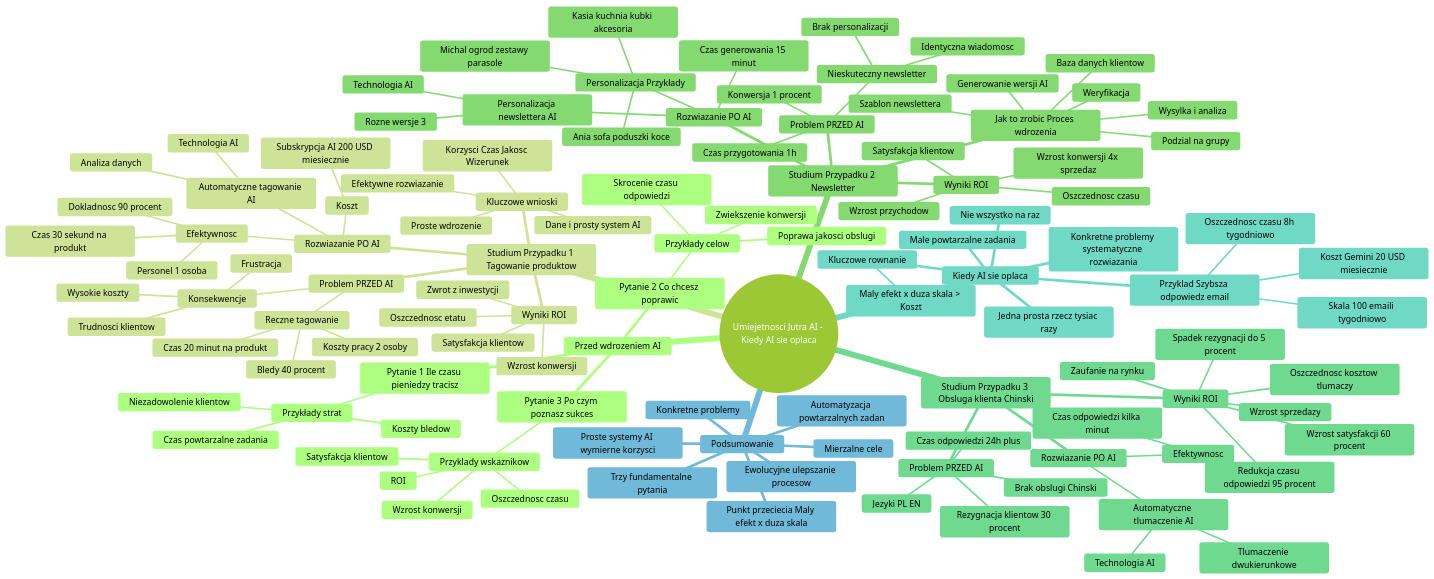
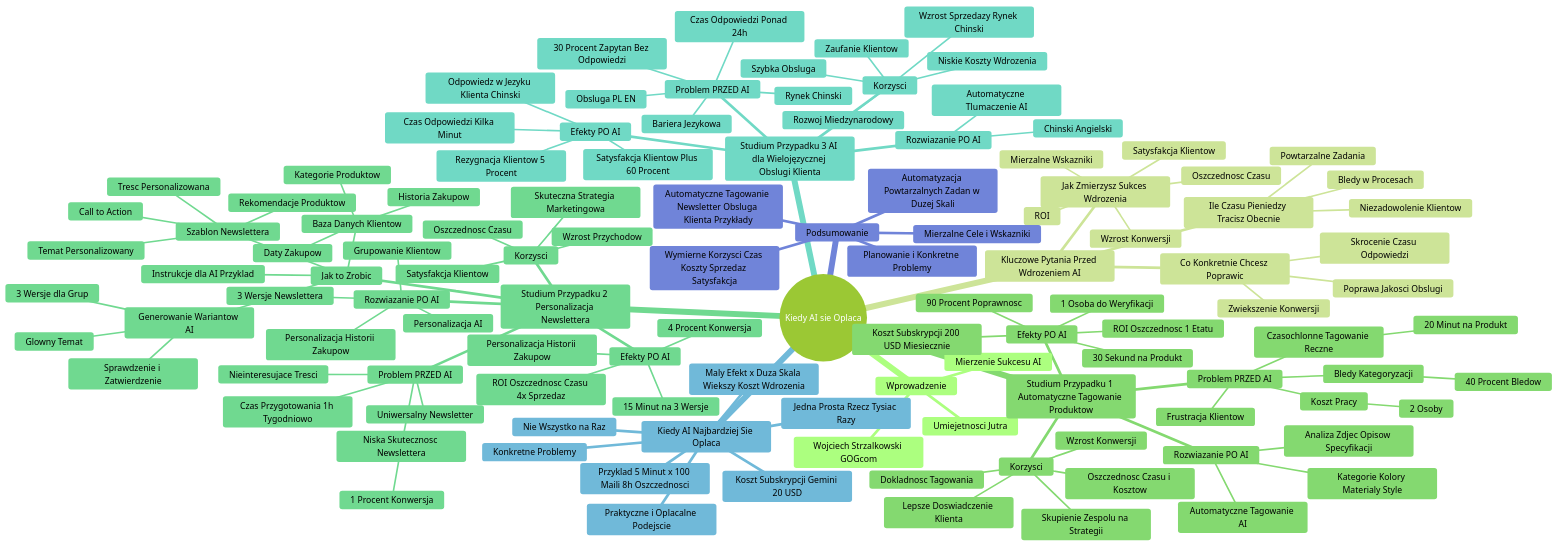
Before and after one commit to azdolinski/ai_docs: the diagram in ai_umiejetnosci_jutra/T2D1 - Lekcje wideo - 5. Kiedy AI się opłaca - mierzenie sukcesu.md, drawn with Mermaid (forest theme). The commit also changed other lines of this file, not shown here.

````diff
--- a/ai_umiejetnosci_jutra/T2D1 - Lekcje wideo - 5. Kiedy AI się opłaca - mierzenie sukcesu.md
+++ b/ai_umiejetnosci_jutra/T2D1 - Lekcje wideo - 5. Kiedy AI się opłaca - mierzenie sukcesu.md
@@ -5,117 +5,120 @@
 ```mermaid
 mindmap
-  root((Umiejetnosci Jutra AI - Kiedy AI sie oplaca))
-    Przed wdrozeniem AI
-      Pytanie 1 Ile czasu pieniedzy tracisz
-        Przykłady strat
-          Czas powtarzalne zadania
-          Koszty bledow
-          Niezadowolenie klientow
-      Pytanie 2 Co chcesz poprawic
-        Przykłady celow
-          Skrocenie czasu odpowiedzi
-          Poprawa jakosci obslugi
-          Zwiekszenie konwersji
-      Pytanie 3 Po czym poznasz sukces
-        Przyklady wskaznikow
-          ROI
-          Oszczednosc czasu
-          Wzrost konwersji
-          Satysfakcja klientow
-    Studium Przypadku 1 Tagowanie produktow
+  root((Kiedy AI sie Oplaca))
+    Wprowadzenie
+      Umiejetnosci Jutra
+      Wojciech Strzalkowski GOGcom
+      Mierzenie Sukcesu AI
+    Kluczowe Pytania Przed Wdrozeniem AI
+      Ile Czasu Pieniedzy Tracisz Obecnie
+        Powtarzalne Zadania
+        Bledy w Procesach
+        Niezadowolenie Klientow
+      Co Konkretnie Chcesz Poprawic
+        Skrocenie Czasu Odpowiedzi
+        Poprawa Jakosci Obslugi
+        Zwiekszenie Konwersji
+      Jak Zmierzysz Sukces Wdrozenia
+        Mierzalne Wskazniki
+        ROI
+        Oszczednosc Czasu
+        Wzrost Konwersji
+        Satysfakcja Klientow
+    Studium Przypadku 1 Automatyczne Tagowanie Produktow
       Problem PRZED AI
-        Reczne tagowanie
-          Czas 20 minut na produkt
-          Bledy 40 procent
-          Koszty pracy 2 osoby
-        Konsekwencje
-          Trudnosci klientow
-          Frustracja
-          Wysokie koszty
+        Czasochlonne Tagowanie Reczne
+          20 Minut na Produkt
+        Bledy Kategoryzacji
+          40 Procent Bledow
+        Koszt Pracy
+          2 Osoby
+        Frustracja Klientow
       Rozwiazanie PO AI
-        Automatyczne tagowanie AI
-          Technologia AI
-          Analiza danych
-        Efektywnosc
-          Czas 30 sekund na produkt
-          Dokladnosc 90 procent
-          Personel 1 osoba
-        Koszt
-          Subskrypcja AI 200 USD miesiecznie
-      Wyniki ROI
-        Oszczednosc etatu
-        Satysfakcja klientow
-        Wzrost konwersji
-        Zwrot z inwestycji
-      Kluczowe wnioski
-        Efektywne rozwiazanie
-        Proste wdrozenie
-        Dane i prosty system AI
-        Korzysci Czas Jakosc Wizerunek
-    Studium Przypadku 2 Newsletter
+        Automatyczne Tagowanie AI
+        Analiza Zdjec Opisow Specyfikacji
+        Kategorie Kolory Materialy Style
+      Efekty PO AI
+        30 Sekund na Produkt
+        90 Procent Poprawnosc
+        1 Osoba do Weryfikacji
+        Koszt Subskrypcji 200 USD Miesiecznie
+        ROI Oszczednosc 1 Etatu
+      Korzysci
+        Oszczednosc Czasu i Kosztow
+        Dokladnosc Tagowania
+        Lepsze Doswiadczenie Klienta
+        Wzrost Konwersji
+        Skupienie Zespolu na Strategii
+    Studium Przypadku 2 Personalizacja Newslettera
       Problem PRZED AI
-        Nieskuteczny newsletter
-          Brak personalizacji
-          Identyczna wiadomosc
-        Czas przygotowania 1h
-        Konwersja 1 procent
+        Niska Skutecznosc Newslettera
+          1 Procent Konwersja
+        Uniwersalny Newsletter
+        Czas Przygotowania 1h Tygodniowo
+        Nieinteresujace Tresci
       Rozwiazanie PO AI
-        Personalizacja newslettera AI
-          Technologia AI
-          Rozne wersje 3
-        Personalizacja Przykłady
-          Ania sofa poduszki koce
-          Michal ogrod zestawy parasole
-          Kasia kuchnia kubki akcesoria
-        Czas generowania 15 minut
-      Wyniki ROI
-        Oszczednosc czasu
-        Wzrost konwersji 4x sprzedaz
-        Satysfakcja klientow
-        Wzrost przychodow
-      Jak to zrobic Proces wdrozenia
-        Baza danych klientow
-        Podzial na grupy
-        Szablon newslettera
-        Generowanie wersji AI
-        Weryfikacja
-        Wysylka i analiza
-    Studium Przypadku 3 Obsluga klienta Chinski
+        Personalizacja AI
+        3 Wersje Newslettera
+        Personalizacja Historii Zakupow
+        Grupowanie Klientow
+      Efekty PO AI
+        15 Minut na 3 Wersje
+        Personalizacja Historii Zakupow
+        4 Procent Konwersja
+        ROI Oszczednosc Czasu 4x Sprzedaz
+      Korzysci
+        Wzrost Przychodow
+        Oszczednosc Czasu
+        Satysfakcja Klientow
+        Skuteczna Strategia Marketingowa
+      Jak to Zrobic
+        Baza Danych Klientow
+          Historia Zakupow
+          Kategorie Produktow
+          Daty Zakupow
+        Szablon Newslettera
+          Temat Personalizowany
+          Tresc Personalizowana
+          Rekomendacje Produktow
+          Call to Action
+        Generowanie Wariantow AI
+          Glowny Temat
+          3 Wersje dla Grup
+          Sprawdzenie i Zatwierdzenie
+        Instrukcje dla AI Przyklad
+    Studium Przypadku 3 AI dla Wielojęzycznej Obslugi Klienta
       Problem PRZED AI
-        Brak obslugi Chinski
-        Jezyki PL EN
-        Rezygnacja klientow 30 procent
-        Czas odpowiedzi 24h plus
+        Rynek Chinski
+        Obsluga PL EN
+        Bariera Jezykowa
+        30 Procent Zapytan Bez Odpowiedzi
+        Czas Odpowiedzi Ponad 24h
       Rozwiazanie PO AI
-        Automatyczne tlumaczenie AI
-          Technologia AI
-          Tlumaczenie dwukierunkowe
-        Efektywnosc
-          Czas odpowiedzi kilka minut
-      Wyniki ROI
-        Spadek rezygnacji do 5 procent
-        Wzrost satysfakcji 60 procent
-        Redukcja czasu odpowiedzi 95 procent
-        Oszczednosc kosztow tlumaczy
-        Zaufanie na rynku
-        Wzrost sprzedazy
-    Kiedy AI sie oplaca
-      Kluczowe rownanie
-        Maly efekt x duza skala > Koszt
-      Male powtarzalne zadania
-      Przyklad Szybsza odpowiedz email
-        Skala 100 emaili tygodniowo
-        Oszczednosc czasu 8h tygodniowo
-        Koszt Gemini 20 USD miesiecznie
-      Nie wszystko na raz
-      Jedna prosta rzecz tysiac razy
-      Konkretne problemy systematyczne rozwiazania
+        Automatyczne Tlumaczenie AI
+        Chinski Angielski
+      Efekty PO AI
+        Odpowiedz w Jezyku Klienta Chinski
+        Czas Odpowiedzi Kilka Minut
+        Rezygnacja Klientow 5 Procent
+        Satysfakcja Klientow Plus 60 Procent
+      Korzysci
+        Wzrost Sprzedazy Rynek Chinski
+        Zaufanie Klientow
+        Szybka Obsluga
+        Niskie Koszty Wdrozenia
+        Rozwoj Miedzynarodowy
+    Kiedy AI Najbardziej Sie Oplaca
+      Maly Efekt x Duza Skala Wiekszy Koszt Wdrozenia
+      Przyklad 5 Minut x 100 Maili 8h Oszczednosci
+      Koszt Subskrypcji Gemini 20 USD
+      Nie Wszystko na Raz
+      Jedna Prosta Rzecz Tysiac Razy
+      Konkretne Problemy
+      Praktyczne i Oplacalne Podejscie
     Podsumowanie
-      Konkretne problemy
-      Mierzalne cele
-      Automatyzacja powtarzalnych zadan
-      Trzy fundamentalne pytania
-      Proste systemy AI wymierne korzysci
-      Punkt przeciecia Maly efekt x duza skala
-      Ewolucyjne ulepszanie procesow
+      Planowanie i Konkretne Problemy
+      Mierzalne Cele i Wskazniki
+      Automatyczne Tagowanie Newsletter Obsluga Klienta Przykłady
+      Wymierne Korzysci Czas Koszty Sprzedaz Satysfakcja
+      Automatyzacja Powtarzalnych Zadan w Duzej Skali
 ```
````
